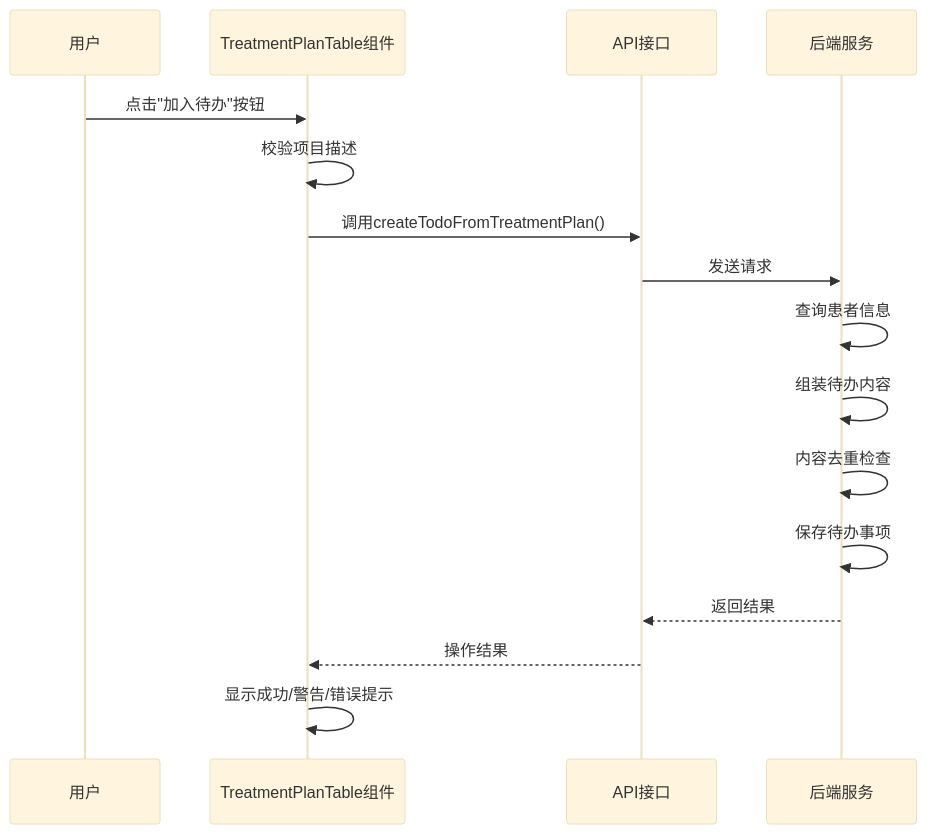
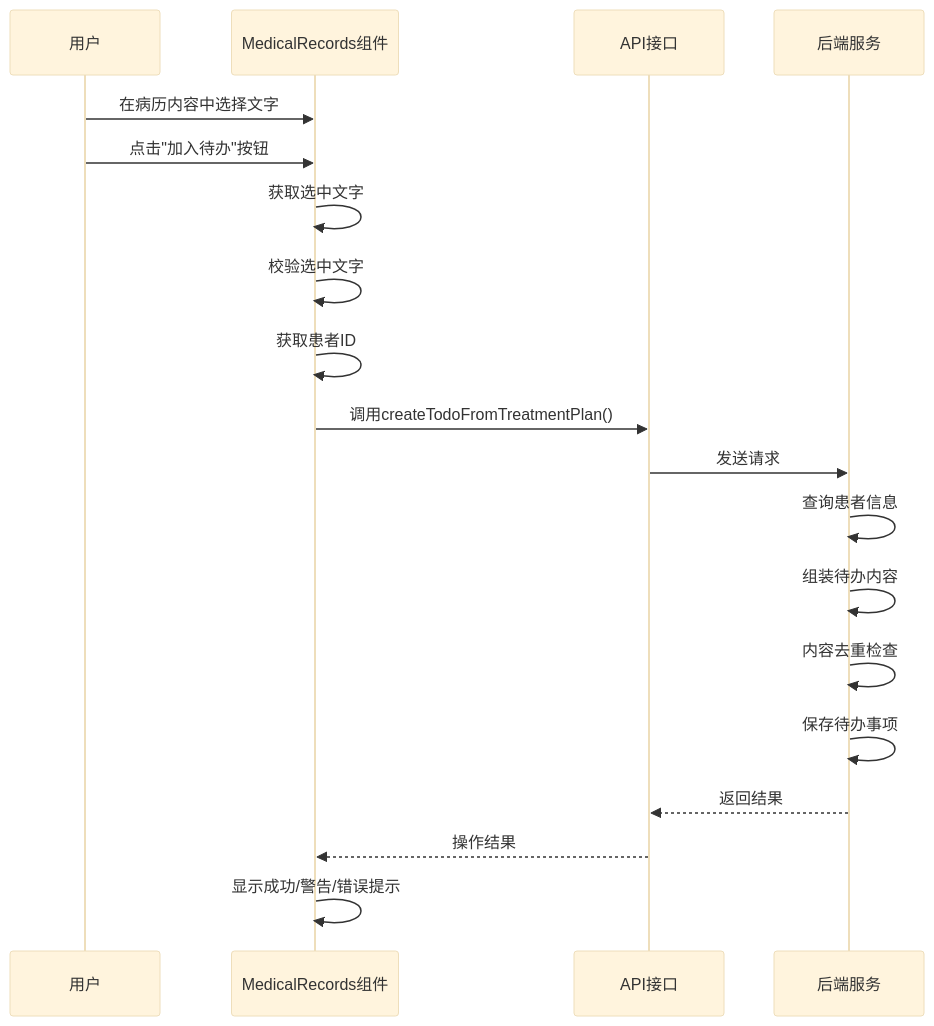
Before and after one commit to liuzh2008/med_ai_assistant_workspace: the fourth of 8 diagrams in .qoder/repowiki/zh/content/核心功能模块/待办事项管理系统.md, drawn with Mermaid (base theme). The commit also changed other lines of this file and 4 other files, not shown here.

````diff
--- a/.qoder/repowiki/zh/content/核心功能模块/待办事项管理系统.md
+++ b/.qoder/repowiki/zh/content/核心功能模块/待办事项管理系统.md
@@ -158,18 +215,21 @@
 ```mermaid
 sequenceDiagram
 participant User as 用户
-participant TPTable as TreatmentPlanTable组件
+participant MR as MedicalRecords组件
 participant API as API接口
 participant Backend as 后端服务
-User->>TPTable : 点击"加入待办"按钮
-TPTable->>TPTable : 校验项目描述
-TPTable->>API : 调用createTodoFromTreatmentPlan()
+User->>MR : 在病历内容中选择文字
+User->>MR : 点击"加入待办"按钮
+MR->>MR : 获取选中文字
+MR->>MR : 校验选中文字
+MR->>MR : 获取患者ID
+MR->>API : 调用createTodoFromTreatmentPlan()
 API->>Backend : 发送请求
 Backend->>Backend : 查询患者信息
 Backend->>Backend : 组装待办内容
 Backend->>Backend : 内容去重检查
 Backend->>Backend : 保存待办事项
 Backend-->>API : 返回结果
-API-->>TPTable : 操作结果
-TPTable->>TPTable : 显示成功/警告/错误提示
+API-->>MR : 操作结果
+MR->>MR : 显示成功/警告/错误提示
 ```
````
